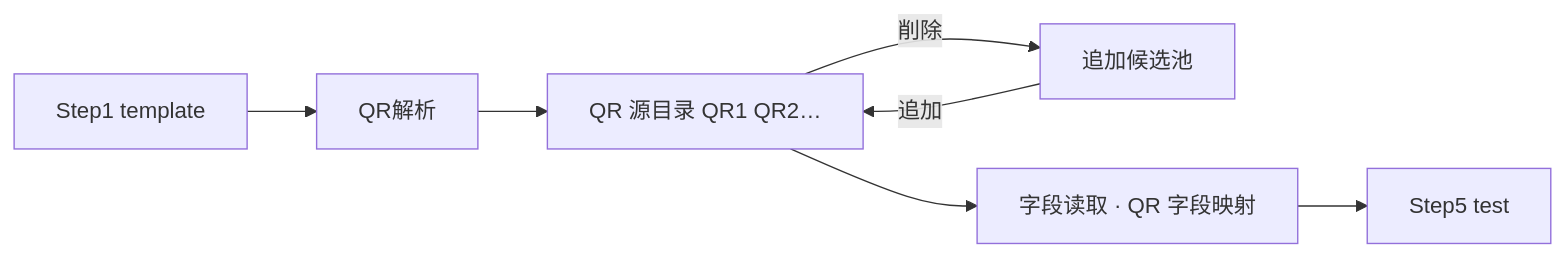
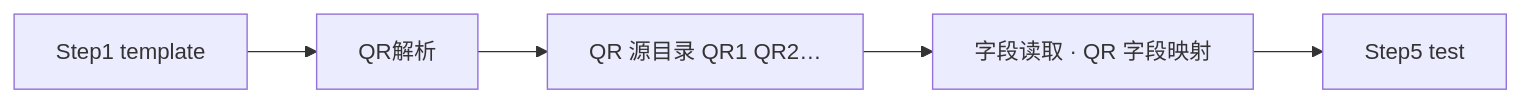
The second of 2 diagrams in PRD.zh-CN.md (aruirage/-IDP-workflow2), drawn with Mermaid before and after one commit. The commit also changed other lines of this file and 25 other files, not shown here.

````diff
--- a/PRD.zh-CN.md
+++ b/PRD.zh-CN.md
@@ -494,14 +349,10 @@
 ```mermaid
 flowchart LR
   step1["Step1 template"]
   scan["QR解析"]
   catalog["QR 源目录 QR1 QR2…"]
-  pool["追加候选池"]
   map["字段读取 · QR 字段映射"]
   test["Step5 test"]
 
-  step1 --> scan --> catalog
-  catalog -->|"削除"| pool
-  pool -->|追加| catalog
-  catalog --> map --> test
+  step1 --> scan --> catalog --> map --> test
 ```
````
